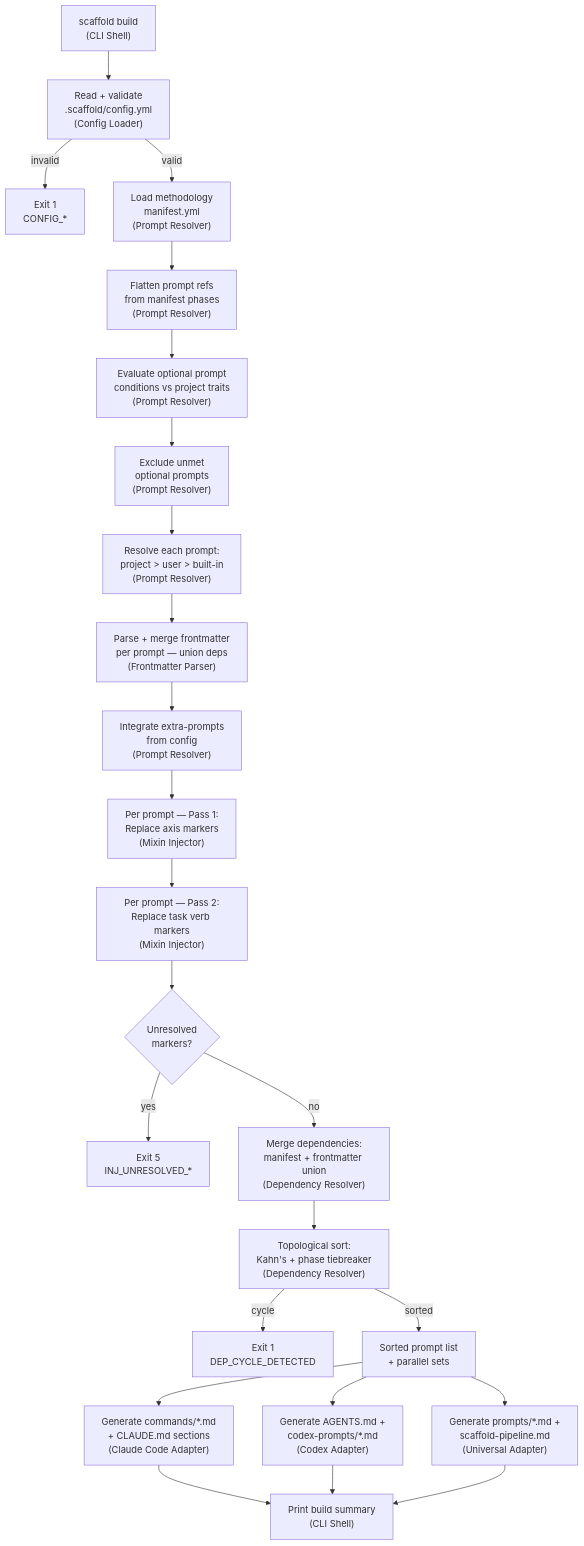
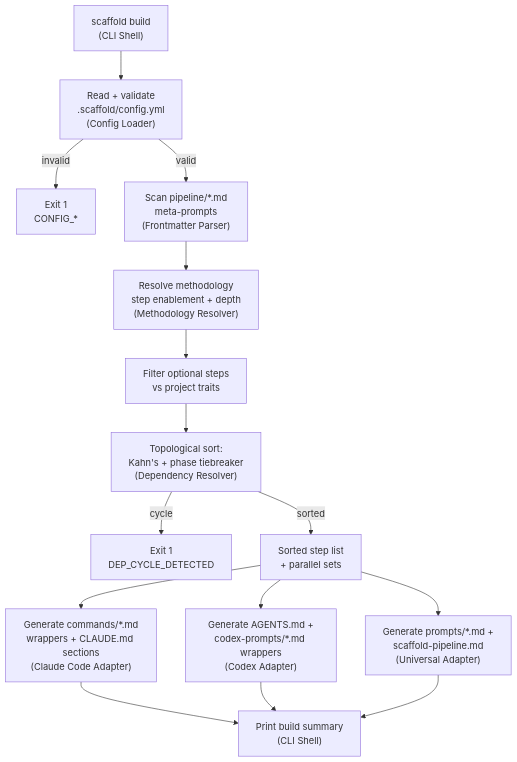
Before and after one commit to zigrivers/scaffold: the third of 10 diagrams in docs/v2/architecture/system-architecture.md, drawn with Mermaid. The commit also changed other lines of this file, not shown here.

First line of the commit message:
[BD-scaffold-arch] docs(v2): system architecture review & update — align with 54-ADR set and domains 15/16

````diff
--- a/docs/v2/architecture/system-architecture.md
+++ b/docs/v2/architecture/system-architecture.md
@@ -458,24 +469,15 @@
 ```mermaid
 flowchart TD
     A["scaffold build<br/>(CLI Shell)"] --> B["Read + validate<br/>.scaffold/config.yml<br/>(Config Loader)"]
     B -->|"invalid"| ERR1["Exit 1<br/>CONFIG_*"]
-    B -->|"valid"| C["Load methodology<br/>manifest.yml<br/>(Prompt Resolver)"]
-    C --> D["Flatten prompt refs<br/>from manifest phases<br/>(Prompt Resolver)"]
-    D --> E["Evaluate optional prompt<br/>conditions vs project traits<br/>(Prompt Resolver)"]
-    E --> F["Exclude unmet<br/>optional prompts<br/>(Prompt Resolver)"]
-    F --> G["Resolve each prompt:<br/>project > user > built-in<br/>(Prompt Resolver)"]
-    G --> H["Parse + merge frontmatter<br/>per prompt — union deps<br/>(Frontmatter Parser)"]
-    H --> I["Integrate extra-prompts<br/>from config<br/>(Prompt Resolver)"]
-    I --> J["Per prompt — Pass 1:<br/>Replace axis markers<br/>(Mixin Injector)"]
-    J --> K["Per prompt — Pass 2:<br/>Replace task verb markers<br/>(Mixin Injector)"]
-    K --> L{"Unresolved<br/>markers?"}
-    L -->|"yes"| ERR5["Exit 5<br/>INJ_UNRESOLVED_*"]
-    L -->|"no"| M["Merge dependencies:<br/>manifest + frontmatter union<br/>(Dependency Resolver)"]
-    M --> N["Topological sort:<br/>Kahn's + phase tiebreaker<br/>(Dependency Resolver)"]
-    N -->|"cycle"| ERR1B["Exit 1<br/>DEP_CYCLE_DETECTED"]
-    N -->|"sorted"| O["Sorted prompt list<br/>+ parallel sets"]
-    O --> P["Generate commands/*.md<br/>+ CLAUDE.md sections<br/>(Claude Code Adapter)"]
-    O --> Q["Generate AGENTS.md +<br/>codex-prompts/*.md<br/>(Codex Adapter)"]
-    O --> R["Generate prompts/*.md +<br/>scaffold-pipeline.md<br/>(Universal Adapter)"]
-    P & Q & R --> S["Print build summary<br/>(CLI Shell)"]
+    B -->|"valid"| C["Scan pipeline/*.md<br/>meta-prompts<br/>(Frontmatter Parser)"]
+    C --> D["Resolve methodology<br/>step enablement + depth<br/>(Methodology Resolver)"]
+    D --> E["Filter optional steps<br/>vs project traits"]
+    E --> F["Topological sort:<br/>Kahn's + phase tiebreaker<br/>(Dependency Resolver)"]
+    F -->|"cycle"| ERR1B["Exit 1<br/>DEP_CYCLE_DETECTED"]
+    F -->|"sorted"| G["Sorted step list<br/>+ parallel sets"]
+    G --> H["Generate commands/*.md<br/>wrappers + CLAUDE.md sections<br/>(Claude Code Adapter)"]
+    G --> I["Generate AGENTS.md +<br/>codex-prompts/*.md wrappers<br/>(Codex Adapter)"]
+    G --> J["Generate prompts/*.md +<br/>scaffold-pipeline.md<br/>(Universal Adapter)"]
+    H & I & J --> K["Print build summary<br/>(CLI Shell)"]
 ```
````
